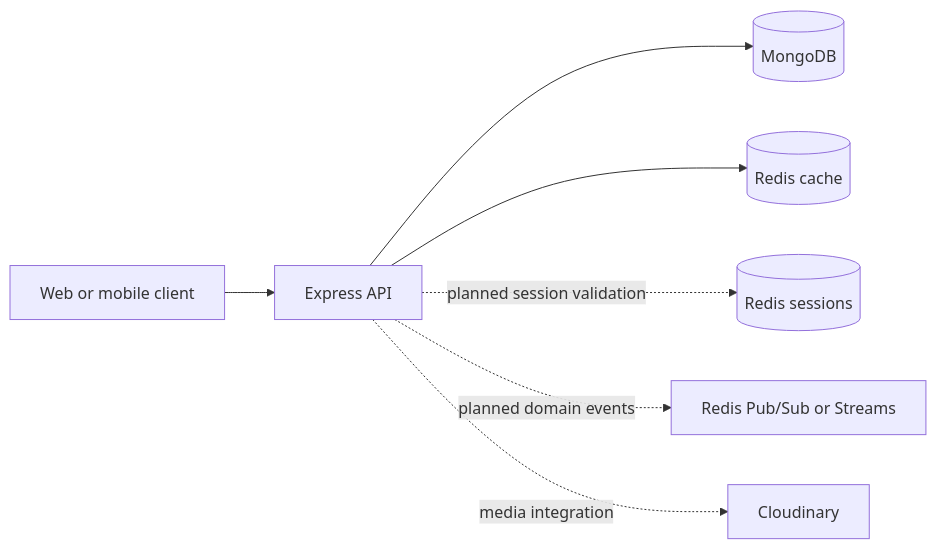
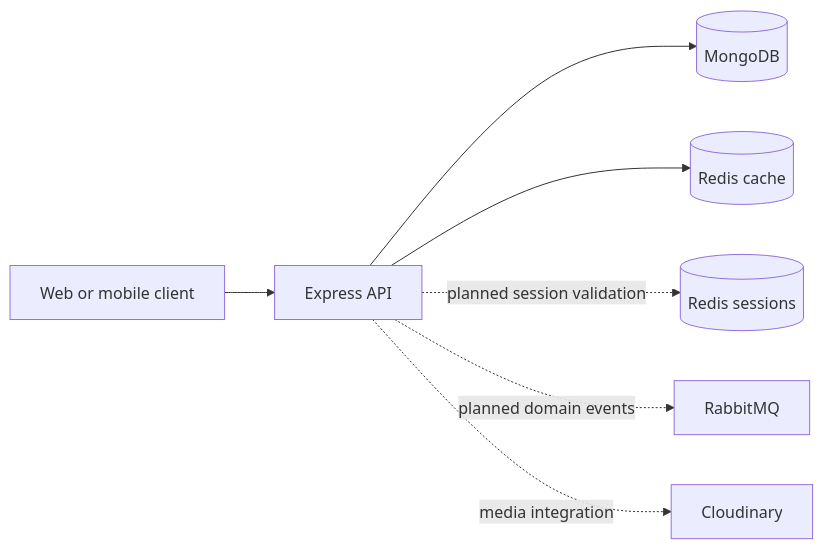
One commit to NeilDuplantis0710/BlogApp changed the diagram in README.md. Above: the diagram before and after it, drawn with Mermaid. The commit also changed other lines of this file and 1 other file, not shown here.

````diff
--- a/README.md
+++ b/README.md
@@ -19,9 +24,9 @@
 ```mermaid
 flowchart LR
 		Client[Web or mobile client] --> API[Express API]
 		API --> Mongo[(MongoDB)]
 		API --> Cache[(Redis cache)]
 		API -. planned session validation .-> Sessions[(Redis sessions)]
-		API -. planned domain events .-> Messaging[Redis Pub/Sub or Streams]
+		API -. planned domain events .-> Messaging[RabbitMQ]
 		API -. media integration .-> Cloudinary[Cloudinary]
 ```
````
